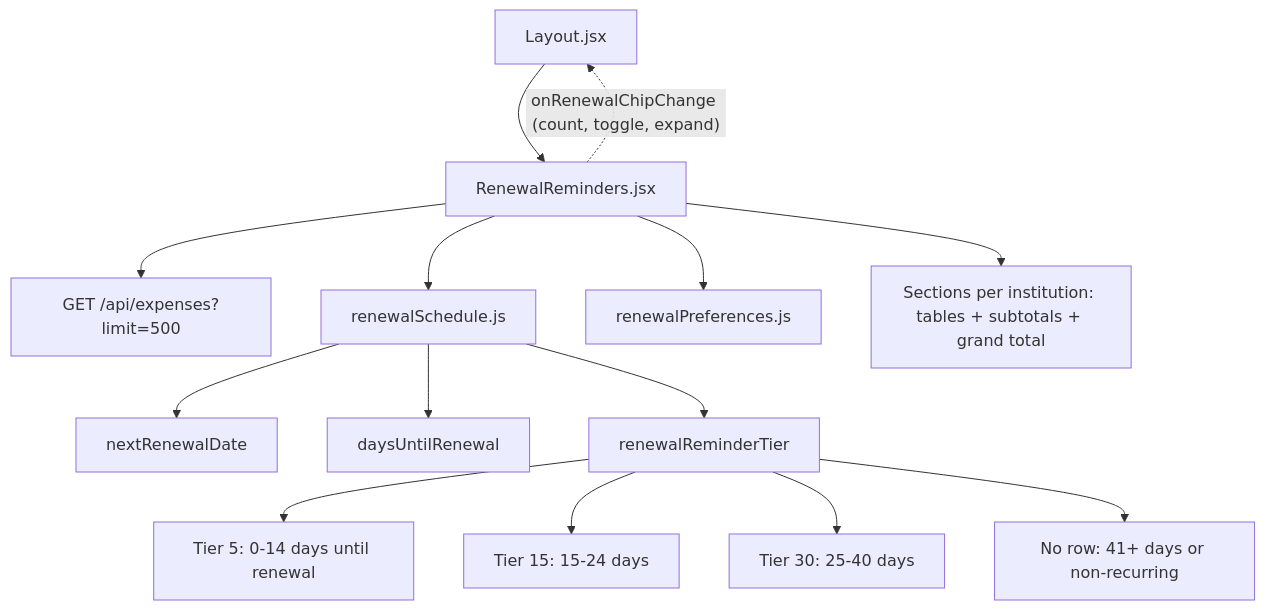
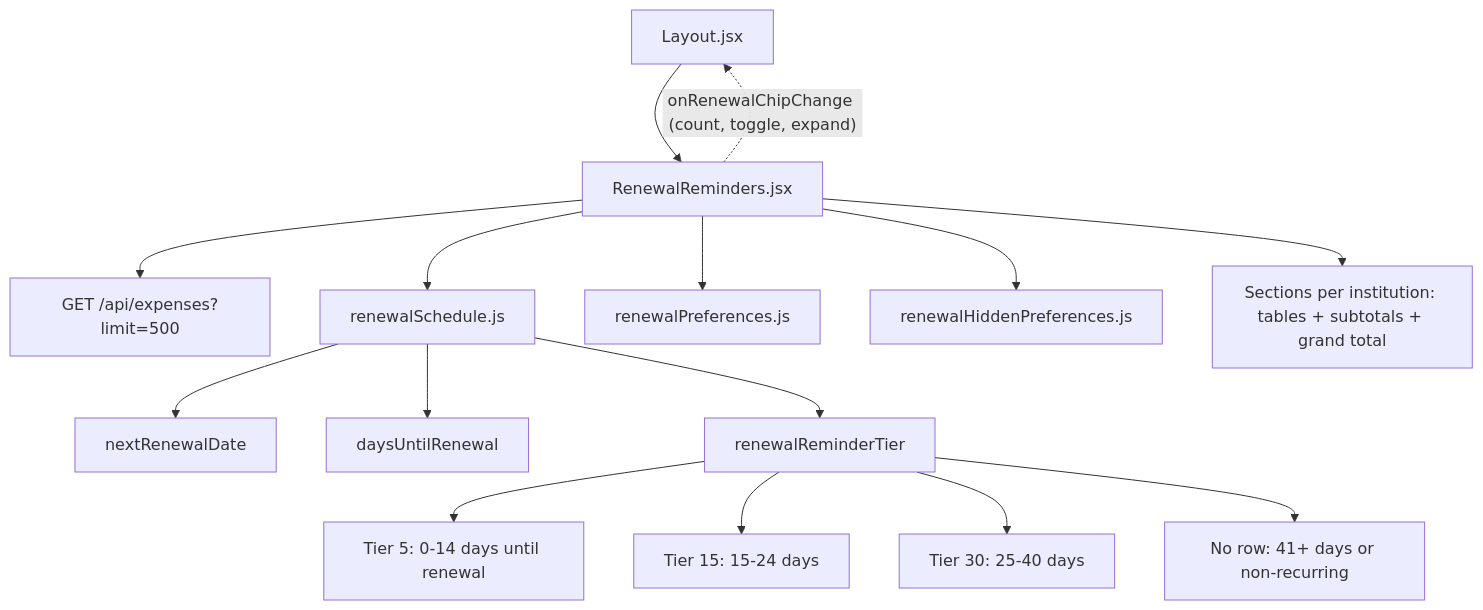
One commit to becomeonewiththecode/expense_tracker changed diagram 11 of 19 in docs/ARCHITECTURE_DIAGRAM.md. Above: the diagram before and after it, drawn with Mermaid. The commit also changed other lines of this file and 9 other files, not shown here.

````diff
--- a/docs/ARCHITECTURE_DIAGRAM.md
+++ b/docs/ARCHITECTURE_DIAGRAM.md
@@ -394,21 +394,23 @@
 ```mermaid
 flowchart TD
   L[Layout.jsx]
   RR[RenewalReminders.jsx]
   API["GET /api/expenses?limit=500"]
   RS[renewalSchedule.js]
   RP[renewalPreferences.js]
+  RH[renewalHiddenPreferences.js]
   L --> RR
   RR --> API
   RR --> RS
   RR --> RP
+  RR --> RH
   RS --> N[nextRenewalDate]
   RS --> D[daysUntilRenewal]
   RS --> T[renewalReminderTier]
   T --> B1["Tier 5: 0-14 days until renewal"]
   T --> B2["Tier 15: 15-24 days"]
   T --> B3["Tier 30: 25-40 days"]
   T --> X[No row: 41+ days or non-recurring]
   RR --> TAB["Sections per institution: tables + subtotals + grand total"]
   RR -.->|"onRenewalChipChange (count, toggle, expand)"| L
 ```
````
